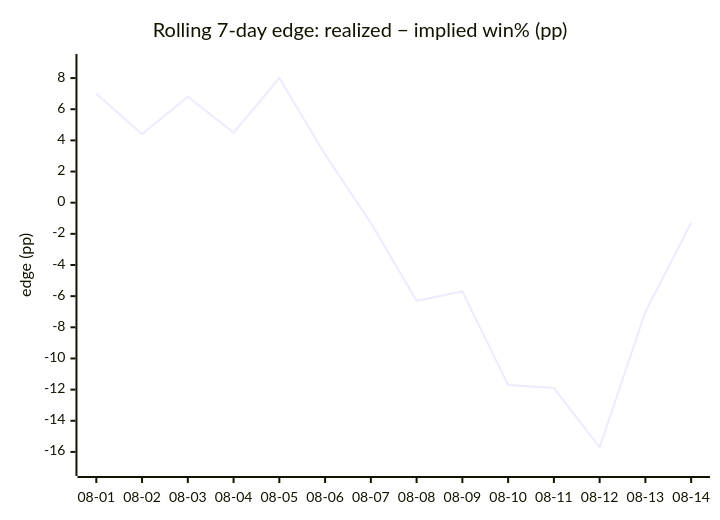
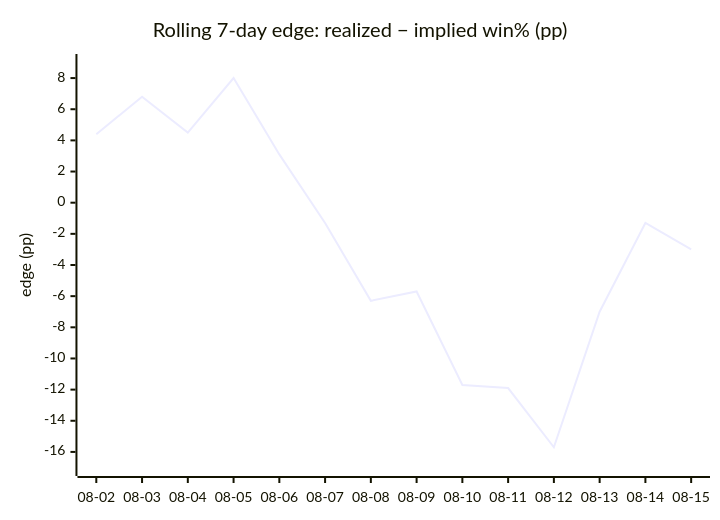
One commit to dpk1212/nhl-savant changed the fourth of 4 diagrams in DAILY_AGSU_REPORT.md. Above: the diagram before and after it, drawn with Mermaid. The commit also changed other lines of this file, not shown here.

````diff
--- a/DAILY_AGSU_REPORT.md
+++ b/DAILY_AGSU_REPORT.md
@@ -817,7 +820,7 @@
 ```mermaid
 xychart-beta
     title "Rolling 7-day edge: realized − implied win% (pp)"
-    x-axis ["08-01", "08-02", "08-03", "08-04", "08-05", "08-06", "08-07", "08-08", "08-09", "08-10", "08-11", "08-12", "08-13", "08-14"]
+    x-axis ["08-02", "08-03", "08-04", "08-05", "08-06", "08-07", "08-08", "08-09", "08-10", "08-11", "08-12", "08-13", "08-14", "08-15"]
     y-axis "edge (pp)" -17 --> 9
-    line [7, 4.4, 6.8, 4.5, 8, 3.1, -1.3, -6.3, -5.7, -11.7, -11.9, -15.7, -7, -1.3]
+    line [4.4, 6.8, 4.5, 8, 3.1, -1.3, -6.3, -5.7, -11.7, -11.9, -15.7, -7, -1.3, -3]
 ```
````
